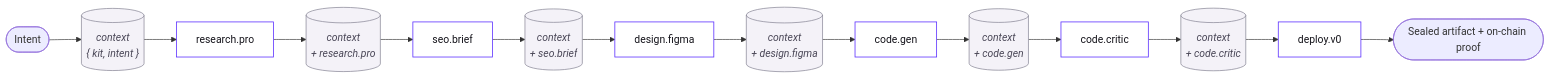
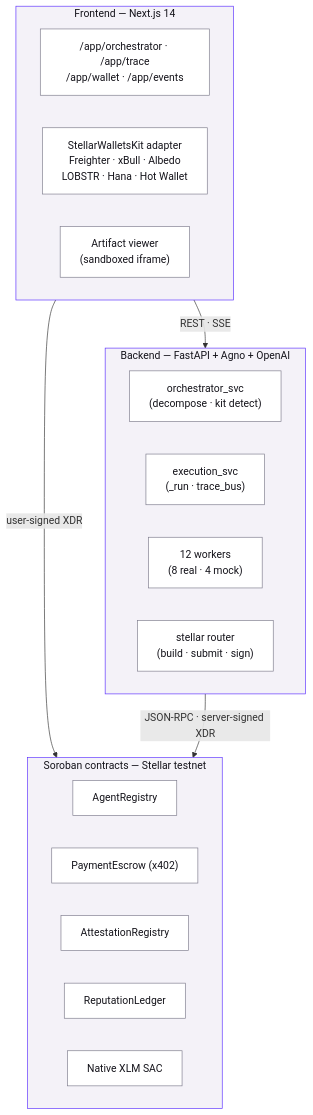
Before and after one commit to Bl0cksmiths/Orizon-Agents-FE-Stellar: the diagram in figures/figure-2.mmd, drawn with Mermaid. The commit also changed 8 other files, not shown here.

Commit message:
renamed figure files to their caption numbers

```diff
--- a/figures/figure-2.mmd
+++ b/figures/figure-2.mmd
@@ -1,19 +1,30 @@
-flowchart LR
-    I([Intent]) --> C0[("context<br/>{ kit, intent }")]
-    C0 --> W1["research.pro"]
-    W1 --> C1[("context<br/>+ research.pro")]
-    C1 --> W2["seo.brief"]
-    W2 --> C2[("context<br/>+ seo.brief")]
-    C2 --> W3["design.figma"]
-    W3 --> C3[("context<br/>+ design.figma")]
-    C3 --> W4["code.gen"]
-    W4 --> C4[("context<br/>+ code.gen")]
-    C4 --> W5["code.critic"]
-    W5 --> C5[("context<br/>+ code.critic")]
-    C5 --> W6["deploy.v0"]
-    W6 --> OUT([Sealed artifact + on-chain proof])
+flowchart TB
+    subgraph FE["Frontend — Next.js 14"]
+        FERoute["/app/orchestrator · /app/trace<br/>/app/wallet · /app/events"]
+        FEKit["StellarWalletsKit adapter<br/>Freighter · xBull · Albedo<br/>LOBSTR · Hana · Hot Wallet"]
+        FEArt["Artifact viewer<br/>(sandboxed iframe)"]
+    end
 
-    classDef worker fill:#FFFFFF,stroke:#5A2EFF,stroke-width:1.2px,color:#14131A
-    classDef state fill:#F4F2F8,stroke:#7C7A8B,stroke-width:1px,color:#4A4757,font-style:italic
-    class W1,W2,W3,W4,W5,W6 worker
-    class C0,C1,C2,C3,C4,C5 state
+    subgraph BE["Backend — FastAPI + Agno + OpenAI"]
+        BEOrch["orchestrator_svc<br/>(decompose · kit detect)"]
+        BEExec["execution_svc<br/>(_run · trace_bus)"]
+        BEWork["12 workers<br/>(8 real · 4 mock)"]
+        BEStel["stellar router<br/>(build · submit · sign)"]
+    end
+
+    subgraph SC["Soroban contracts — Stellar testnet"]
+        SCAR["AgentRegistry"]
+        SCPE["PaymentEscrow (x402)"]
+        SCAT["AttestationRegistry"]
+        SCRL["ReputationLedger"]
+        SCAS["Native XLM SAC"]
+    end
+
+    FE -- "REST · SSE" --> BE
+    FE -- "user-signed XDR" --> SC
+    BE -- "JSON-RPC · server-signed XDR" --> SC
+
+    classDef layer fill:#F4F2F8,stroke:#5A2EFF,stroke-width:1px,color:#14131A
+    classDef box fill:#FFFFFF,stroke:#7C7A8B,stroke-width:1px,color:#14131A
+    class FE,BE,SC layer
+    class FERoute,FEKit,FEArt,BEOrch,BEExec,BEWork,BEStel,SCAR,SCPE,SCAT,SCRL,SCAS box
```
